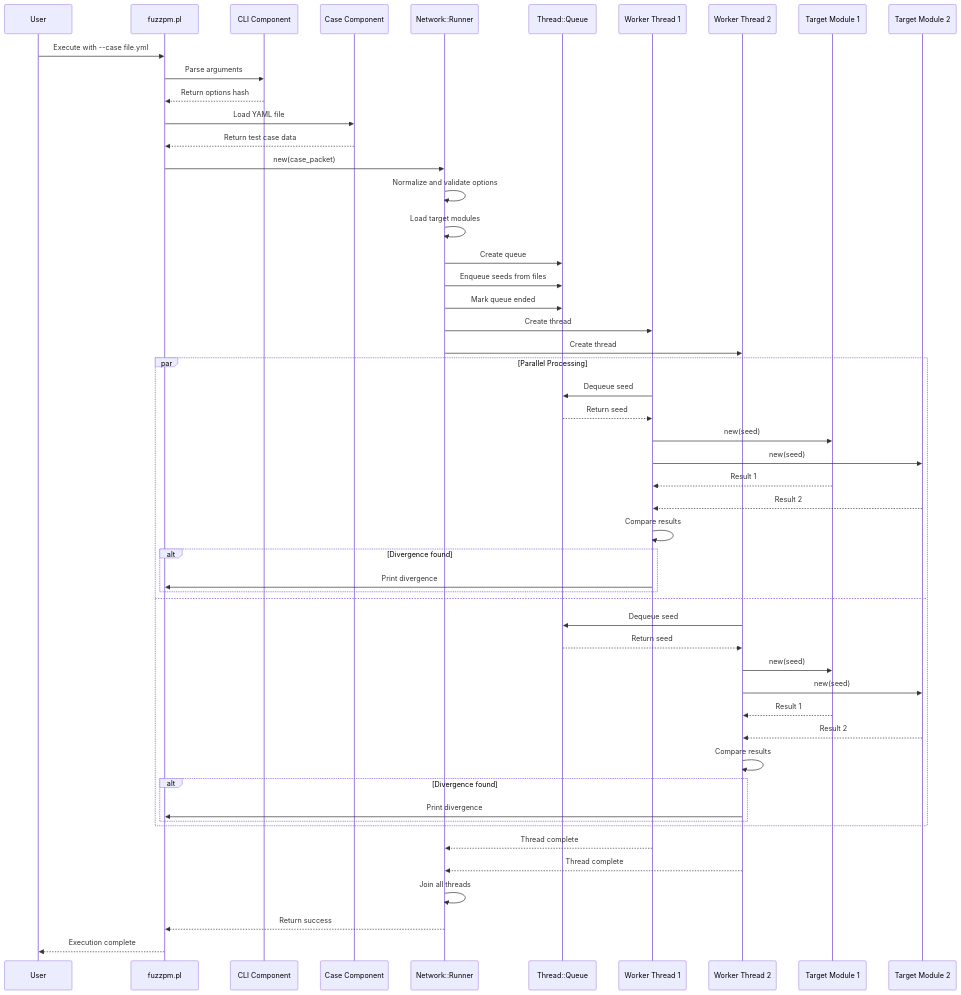
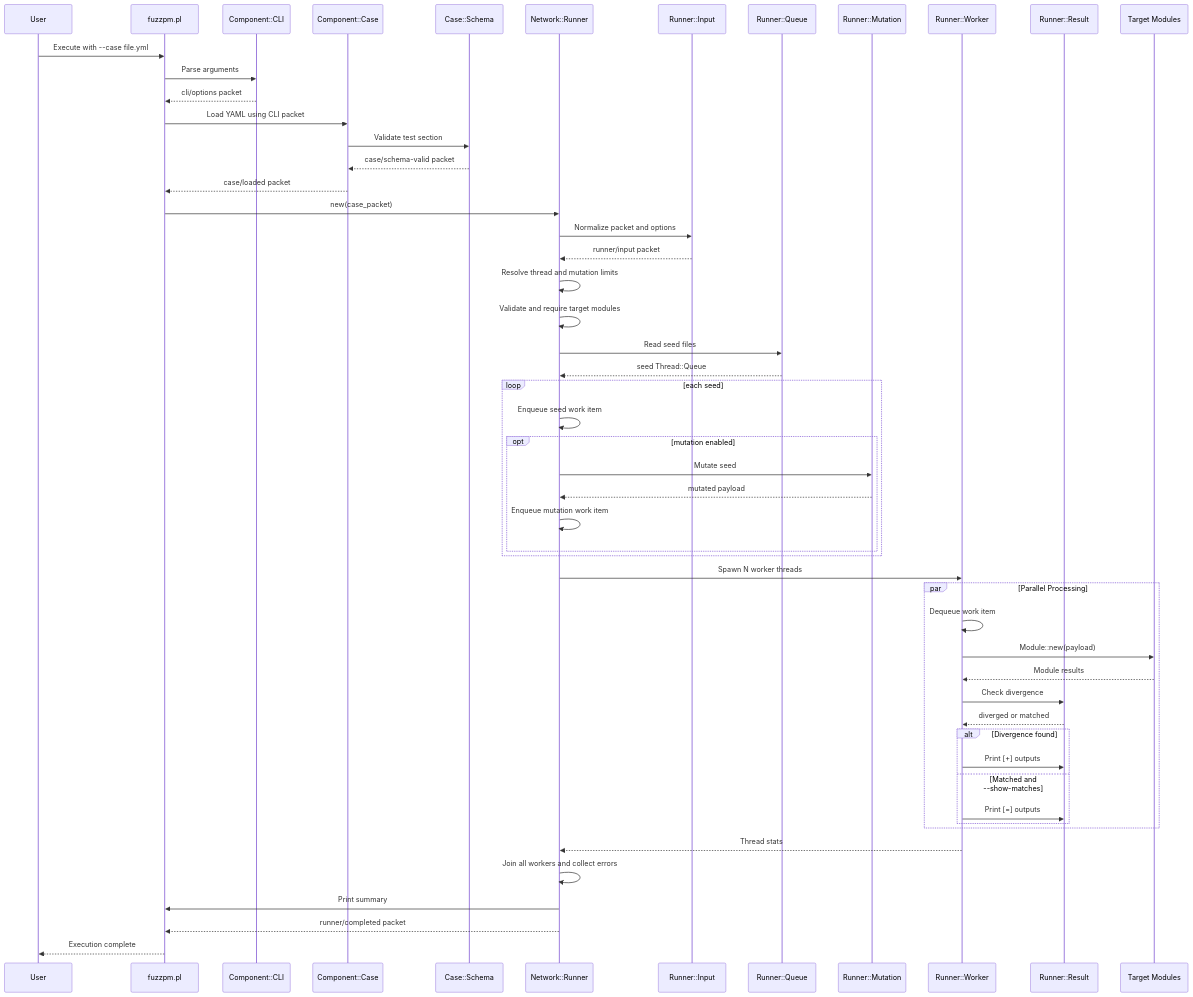
One commit to htrgouvea/fuzzpm changed the second of 2 diagrams in docs/ARCHITECTURE.md. Above: the diagram before and after it, drawn with Mermaid. The commit also changed other lines of this file, not shown here.

````diff
--- a/docs/ARCHITECTURE.md
+++ b/docs/ARCHITECTURE.md
@@ -281,59 +229,61 @@
 ```mermaid
 sequenceDiagram
     participant User
     participant Main as fuzzpm.pl
-    participant CLI as CLI Component
-    participant Case as Case Component
+    participant CLI as Component::CLI
+    participant Case as Component::Case
+    participant Schema as Case::Schema
     participant Runner as Network::Runner
-    participant Queue as Thread::Queue
-    participant Worker1 as Worker Thread 1
-    participant Worker2 as Worker Thread 2
-    participant Module1 as Target Module 1
-    participant Module2 as Target Module 2
+    participant Input as Runner::Input
+    participant Queue as Runner::Queue
+    participant Mutation as Runner::Mutation
+    participant Worker as Runner::Worker
+    participant Result as Runner::Result
+    participant Target as Target Modules
     
     User->>Main: Execute with --case file.yml
     Main->>CLI: Parse arguments
-    CLI-->>Main: Return options hash
-    Main->>Case: Load YAML file
-    Case-->>Main: Return test case data
+    CLI-->>Main: cli/options packet
+    Main->>Case: Load YAML using CLI packet
+    Case->>Schema: Validate test section
+    Schema-->>Case: case/schema-valid packet
+    Case-->>Main: case/loaded packet
     Main->>Runner: new(case_packet)
-    
-    Runner->>Runner: Normalize and validate options
-    Runner->>Runner: Load target modules
-    Runner->>Queue: Create queue
-    Runner->>Queue: Enqueue seeds from files
-    Runner->>Queue: Mark queue ended
-    
-    Runner->>Worker1: Create thread
-    Runner->>Worker2: Create thread
+
+    Runner->>Input: Normalize packet and options
+    Input-->>Runner: runner/input packet
+    Runner->>Runner: Resolve thread and mutation limits
+    Runner->>Runner: Validate and require target modules
+    Runner->>Queue: Read seed files
+    Queue-->>Runner: seed Thread::Queue
+
+    loop each seed
+        Runner->>Runner: Enqueue seed work item
+        opt mutation enabled
+            Runner->>Mutation: Mutate seed
+            Mutation-->>Runner: mutated payload
+            Runner->>Runner: Enqueue mutation work item
+        end
+    end
+
+    Runner->>Worker: Spawn N worker threads
     
     par Parallel Processing
-        Worker1->>Queue: Dequeue seed
-        Queue-->>Worker1: Return seed
-        Worker1->>Module1: new(seed)
-        Worker1->>Module2: new(seed)
-        Module1-->>Worker1: Result 1
-        Module2-->>Worker1: Result 2
-        Worker1->>Worker1: Compare results
+        Worker->>Worker: Dequeue work item
+        Worker->>Target: Module::new(payload)
+        Target-->>Worker: Module results
+        Worker->>Result: Check divergence
+        Result-->>Worker: diverged or matched
         alt Divergence found
-            Worker1->>Main: Print divergence
-        end
-    and
-        Worker2->>Queue: Dequeue seed
-        Queue-->>Worker2: Return seed
-        Worker2->>Module1: new(seed)
-        Worker2->>Module2: new(seed)
-        Module1-->>Worker2: Result 1
-        Module2-->>Worker2: Result 2
-        Worker2->>Worker2: Compare results
-        alt Divergence found
-            Worker2->>Main: Print divergence
+            Worker->>Result: Print [+] outputs
+        else Matched and --show-matches
+            Worker->>Result: Print [=] outputs
         end
     end
     
-    Worker1-->>Runner: Thread complete
-    Worker2-->>Runner: Thread complete
-    Runner->>Runner: Join all threads
-    Runner-->>Main: Return success
+    Worker-->>Runner: Thread stats
+    Runner->>Runner: Join all workers and collect errors
+    Runner->>Main: Print summary
+    Runner-->>Main: runner/completed packet
     Main-->>User: Execution complete
 ```
````
